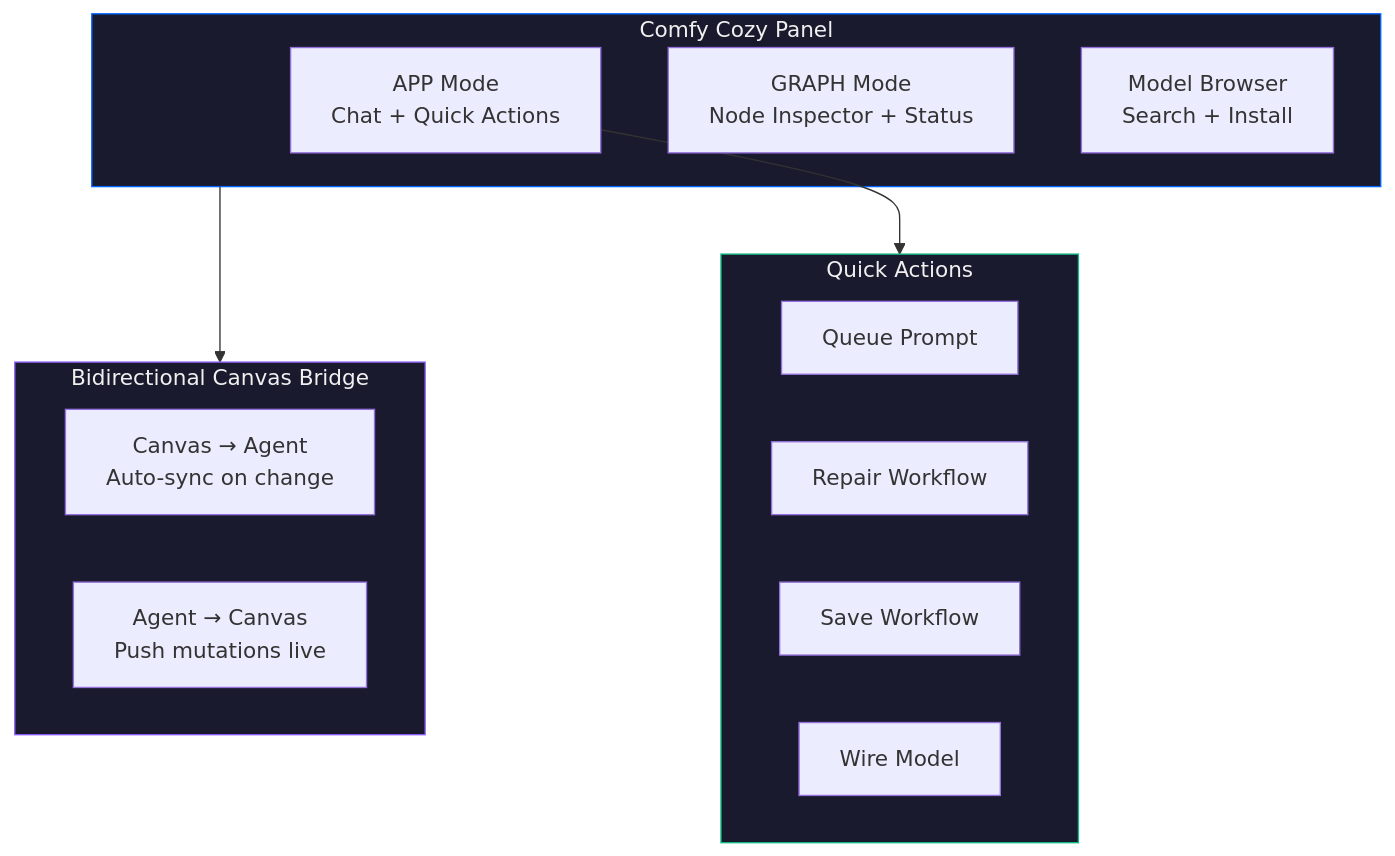
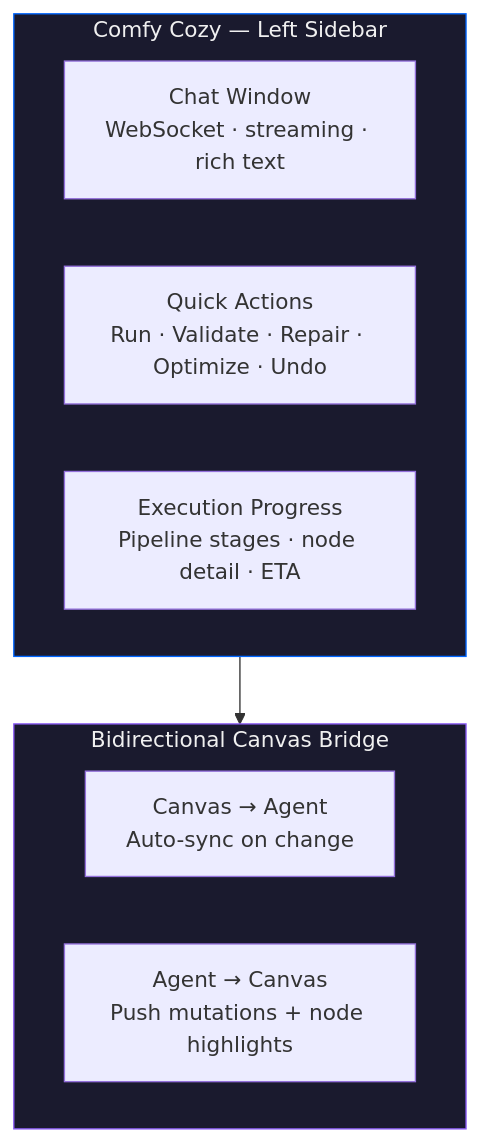
Before and after one commit to JosephOIbrahim/Comfy-Cozy: the seventh of 16 diagrams in README.md, drawn with Mermaid. The commit also changed other lines of this file and 3 other files, not shown here.

First line of the commit message:
[PILOT] Native sidebar redesign — Pentagram-quality, ComfyUI-native

````diff
--- a/README.md
+++ b/README.md
@@ -421,27 +421,18 @@
 ```mermaid
 graph TB
-    subgraph Panel ["Comfy Cozy Panel"]
-        APP["APP Mode<br/>Chat + Quick Actions"]
-        GRAPH["GRAPH Mode<br/>Node Inspector + Status"]
-        BROWSE["Model Browser<br/>Search + Install"]
+    subgraph Sidebar ["Comfy Cozy — Left Sidebar"]
+        Chat["Chat Window<br/>WebSocket · streaming · rich text"]
+        QA["Quick Actions<br/>Run · Validate · Repair · Optimize · Undo"]
+        Progress["Execution Progress<br/>Pipeline stages · node detail · ETA"]
     end
 
     subgraph Bridge ["Bidirectional Canvas Bridge"]
         C2A["Canvas → Agent<br/>Auto-sync on change"]
-        A2C["Agent → Canvas<br/>Push mutations live"]
+        A2C["Agent → Canvas<br/>Push mutations + node highlights"]
     end
 
-    subgraph Actions ["Quick Actions"]
-        Q["Queue Prompt"]
-        R["Repair Workflow"]
-        S["Save Workflow"]
-        W["Wire Model"]
-    end
+    Sidebar --> Bridge
 
-    Panel --> Bridge
-    APP --> Actions
-
-    style Panel fill:#1a1a2e,color:#F0F0F0,stroke:#0066FF
+    style Sidebar fill:#1a1a2e,color:#F0F0F0,stroke:#0066FF
     style Bridge fill:#1a1a2e,color:#F0F0F0,stroke:#8b5cf6
-    style Actions fill:#1a1a2e,color:#F0F0F0,stroke:#10b981
 ```
````
